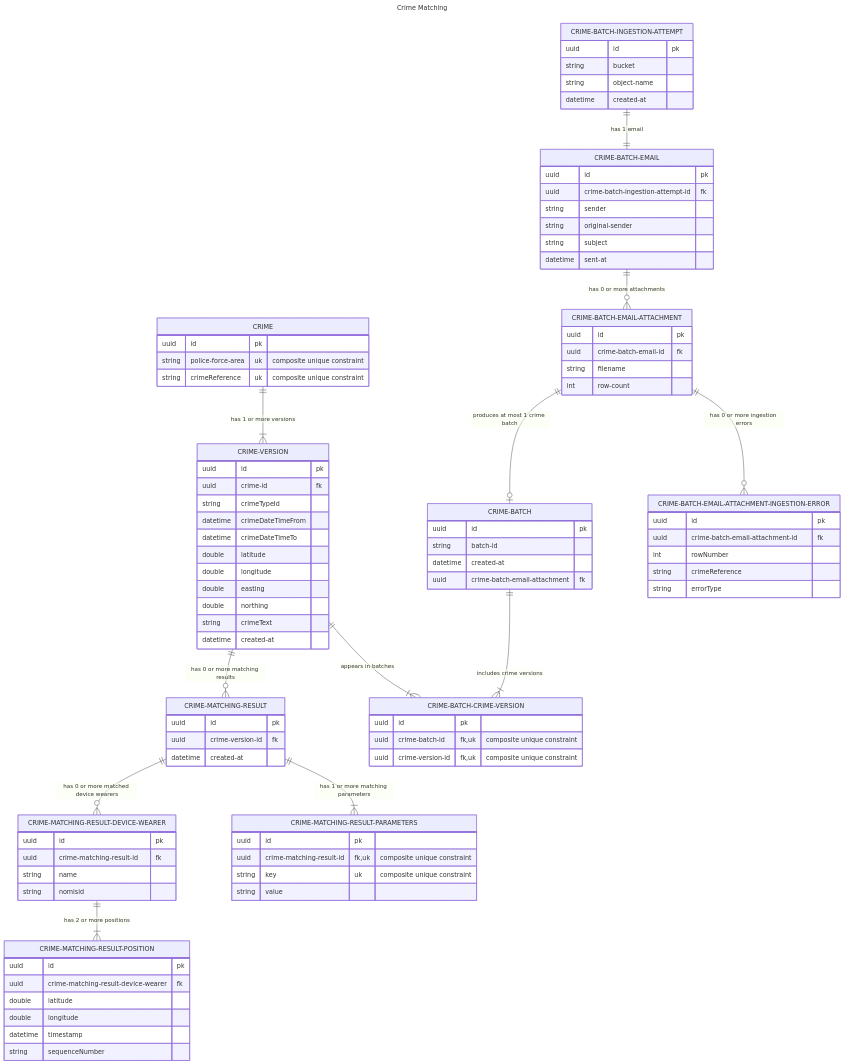
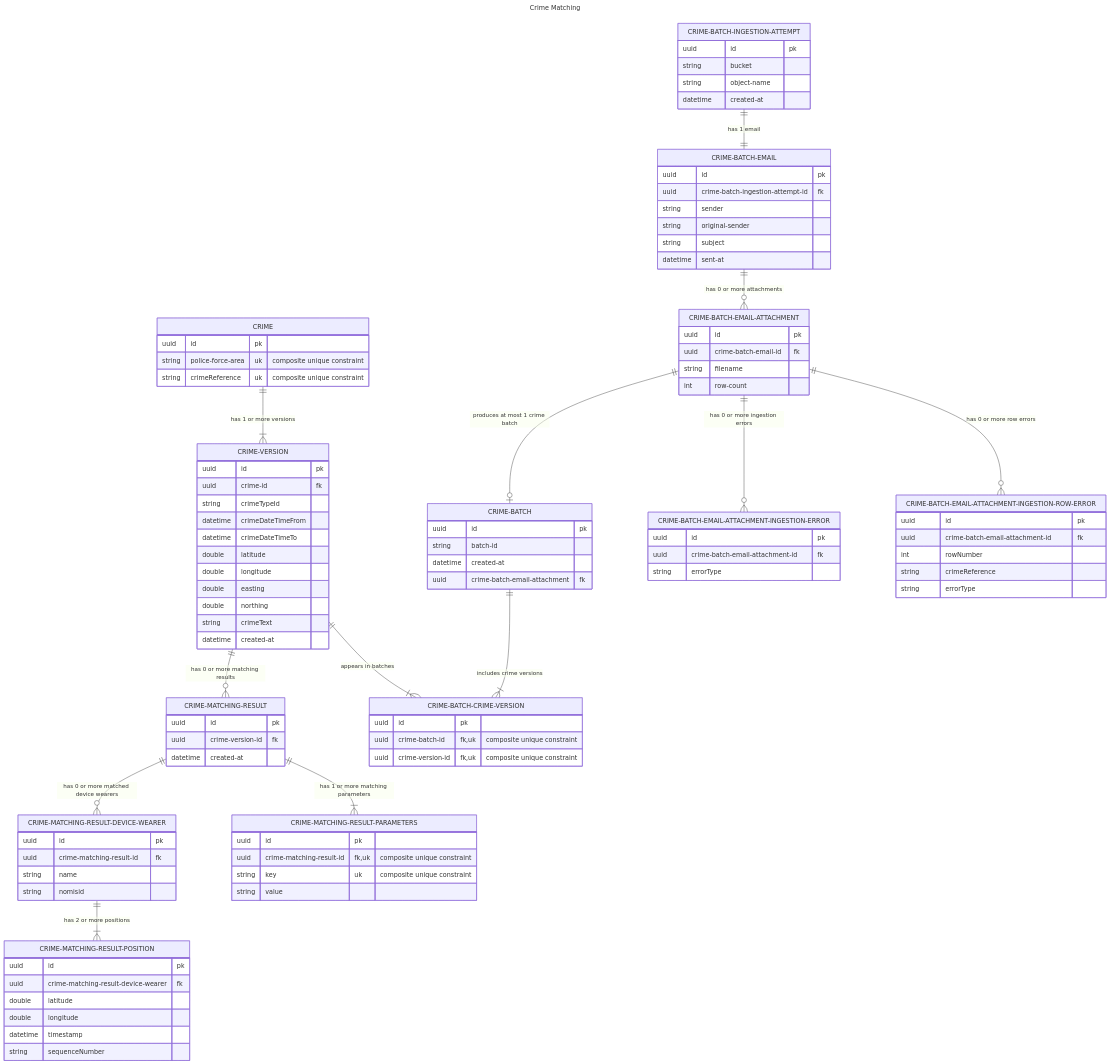
The diagram in docs/model.mmd (ministryofjustice/hmpps-electronic-monitoring-crime-matching-api), drawn with Mermaid before and after one commit. The commit also changed 5 other files, not shown here.

Commit message:
Adding generic and row level ingestion error entities

```diff
--- a/docs/model.mmd
+++ b/docs/model.mmd
@@ -1,113 +1,120 @@
 ---
 title: Crime Matching
 ---
 erDiagram 
     %% Domain
     CRIME 1 to 1+ CRIME-VERSION : "has 1 or more versions"
     CRIME-VERSION 1 to 0+ CRIME-MATCHING-RESULT : "has 0 or more matching results"
     CRIME-BATCH 1 to 1+ CRIME-BATCH-CRIME-VERSION : "includes crime versions"
     CRIME-VERSION 1 to 1+ CRIME-BATCH-CRIME-VERSION : "appears in batches"
 
     %% Ingestion
     CRIME-BATCH-EMAIL-ATTACHMENT 1 to zero or one CRIME-BATCH : "produces at most 1 crime batch"
     CRIME-BATCH-INGESTION-ATTEMPT 1 to 1 CRIME-BATCH-EMAIL : "has 1 email"
     CRIME-BATCH-EMAIL 1 to 0+ CRIME-BATCH-EMAIL-ATTACHMENT : "has 0 or more attachments"
     CRIME-BATCH-EMAIL-ATTACHMENT 1 to zero or more CRIME-BATCH-EMAIL-ATTACHMENT-INGESTION-ERROR : "has 0 or more ingestion errors"
+    CRIME-BATCH-EMAIL-ATTACHMENT 1 to zero or more CRIME-BATCH-EMAIL-ATTACHMENT-INGESTION-ROW-ERROR : "has 0 or more row errors"
 
     %% Matching
     CRIME-MATCHING-RESULT 1 to 0+ CRIME-MATCHING-RESULT-DEVICE-WEARER : "has 0 or more matched device wearers"
     CRIME-MATCHING-RESULT 1 to 1+ CRIME-MATCHING-RESULT-PARAMETERS : "has 1 or more matching parameters"
     CRIME-MATCHING-RESULT-DEVICE-WEARER 1 to 1+ CRIME-MATCHING-RESULT-POSITION : "has 2 or more positions"
 
     CRIME-BATCH {
         uuid id pk
         string batch-id
         datetime created-at
         uuid crime-batch-email-attachment fk
     }
 
     CRIME-BATCH-CRIME-VERSION {
         uuid id pk
         uuid crime-batch-id fk, uk "composite unique constraint"
         uuid crime-version-id fk, uk "composite unique constraint"
     }
 
     CRIME-BATCH-INGESTION-ATTEMPT {
         uuid id pk
         string bucket
         string object-name
         datetime created-at
     }
 
     CRIME-BATCH-EMAIL {
         uuid id pk
         uuid crime-batch-ingestion-attempt-id fk
         string sender
         string original-sender
         string subject
         datetime sent-at
     }
 
     CRIME-BATCH-EMAIL-ATTACHMENT {
         uuid id pk
         uuid crime-batch-email-id fk
         string filename
         int row-count
     }
 
     CRIME-BATCH-EMAIL-ATTACHMENT-INGESTION-ERROR {
+        uuid id pk
+        uuid crime-batch-email-attachment-id fk
+        string errorType
+    }
+
+CRIME-BATCH-EMAIL-ATTACHMENT-INGESTION-ROW-ERROR {
         uuid id pk
         uuid crime-batch-email-attachment-id fk
         int rowNumber
         string crimeReference
         string errorType
     }
 
     CRIME {
         uuid id pk
         string police-force-area uk "composite unique constraint"
         string crimeReference uk "composite unique constraint"
     }
 
     CRIME-VERSION {
         uuid id pk
         uuid crime-id fk
         string crimeTypeId
         datetime crimeDateTimeFrom
         datetime crimeDateTimeTo
         double latitude
         double longitude
         double easting
         double northing
         string crimeText
         datetime created-at
     }
 
     CRIME-MATCHING-RESULT {
         uuid id pk
         uuid crime-version-id fk
         datetime created-at
     }
 
     CRIME-MATCHING-RESULT-PARAMETERS {
         uuid id pk
         uuid crime-matching-result-id fk, uk "composite unique constraint"
         string key uk "composite unique constraint"
         string value
     }
 
     CRIME-MATCHING-RESULT-DEVICE-WEARER {
         uuid id pk
         uuid crime-matching-result-id fk
         string name
         string nomisid
     }
 
     CRIME-MATCHING-RESULT-POSITION {
         uuid id pk
         uuid crime-matching-result-device-wearer fk
         double latitude
         double longitude
         datetime timestamp
         string sequenceNumber
     }
```
